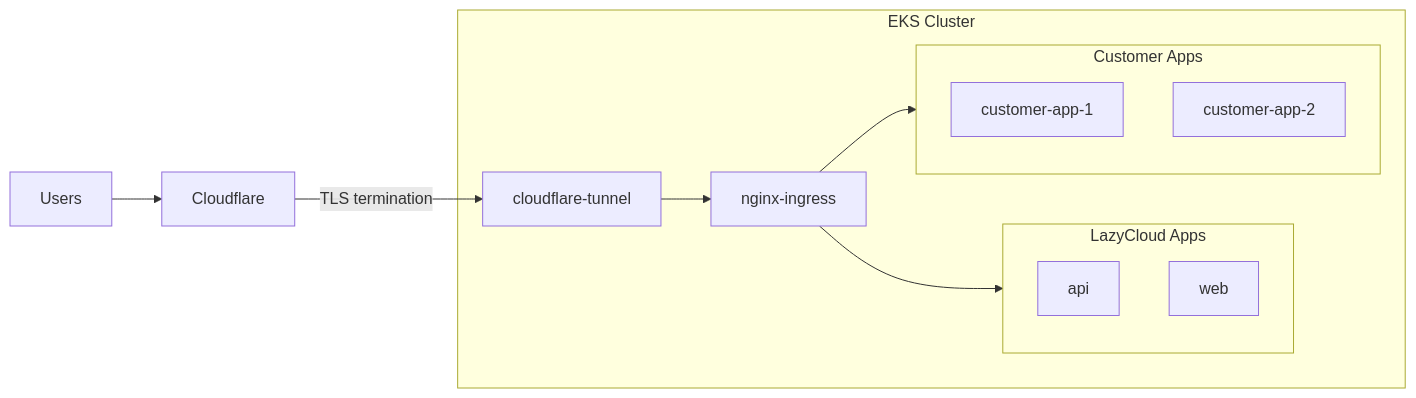
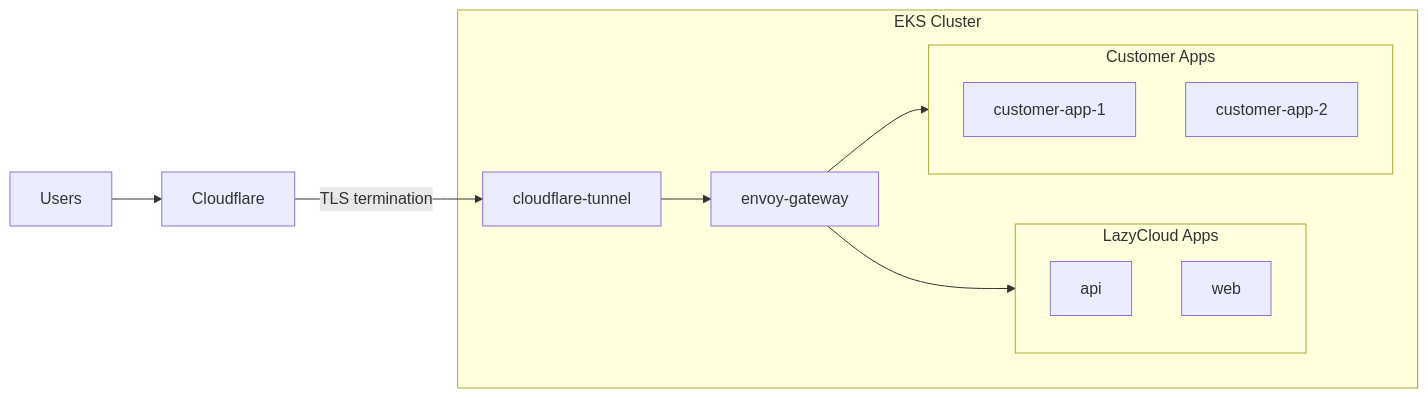
One commit to AmbientWare/lazycloud changed the first of 5 diagrams in docs/architecture.md. Above: the diagram before and after it, drawn with Mermaid. The commit also changed other lines of this file and 33 other files, not shown here.

Commit message:
INFRA: migrate from ingress-nginx to envoy gateway

````diff
--- a/docs/architecture.md
+++ b/docs/architecture.md
@@ -5,22 +5,22 @@
 ```mermaid
 flowchart LR
     Users --> Cloudflare
     Cloudflare -->|TLS termination| Tunnel[cloudflare-tunnel]
 
     subgraph EKS[EKS Cluster]
-        Tunnel --> NGINX[nginx-ingress]
+        Tunnel --> Envoy[envoy-gateway]
 
         subgraph LazyCloud[LazyCloud Apps]
             API[api]
             Web[web]
         end
 
         subgraph Customer[Customer Apps]
             App1[customer-app-1]
             App2[customer-app-2]
         end
 
-        NGINX --> LazyCloud
-        NGINX --> Customer
+        Envoy --> LazyCloud
+        Envoy --> Customer
     end
 ```
````
